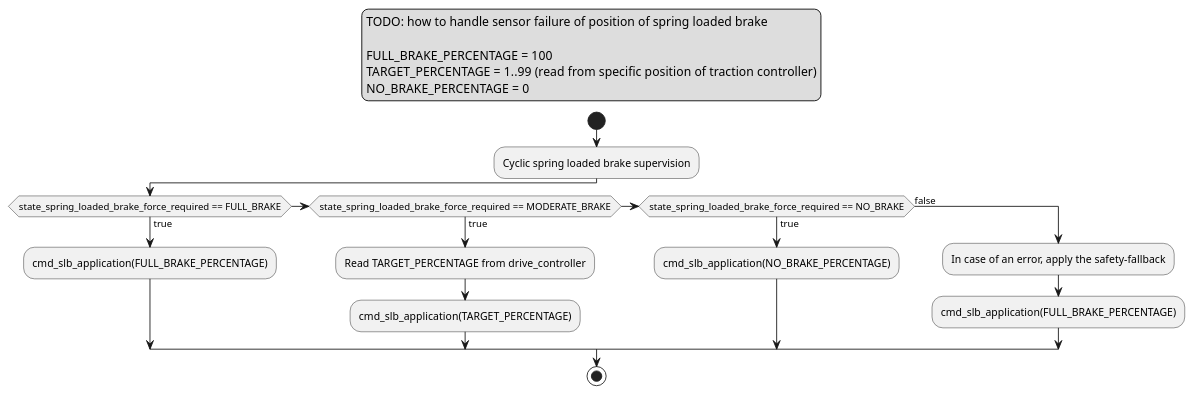
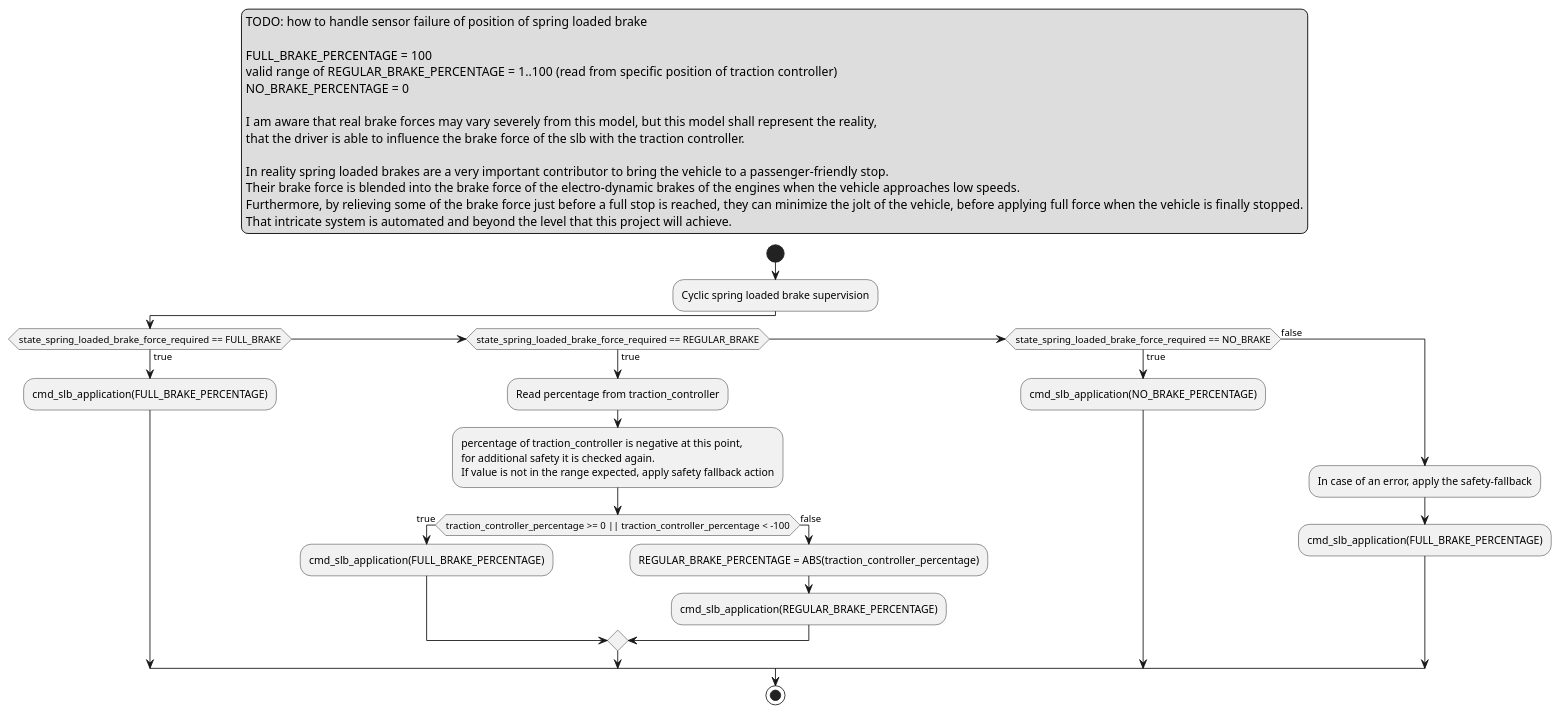
The diagram in docs/models/activity_diagrams/node-drive-controller/spring_loaded_brake_supervisor_activity.puml (paetzholdt/CANRepo), drawn with PlantUML before and after one commit. The commit also changed 2 other files, not shown here.

Commit message:
docs(node-drive-controller): finalize spring loaded brake control model

```diff
--- a/docs/models/activity_diagrams/node-drive-controller/spring_loaded_brake_supervisor_activity.puml
+++ b/docs/models/activity_diagrams/node-drive-controller/spring_loaded_brake_supervisor_activity.puml
@@ -1,37 +1,54 @@
 @startuml spring_loaded_brake_supervisor_activity
+
 legend top
 TODO: how to handle sensor failure of position of spring loaded brake
 
 FULL_BRAKE_PERCENTAGE = 100
-TARGET_PERCENTAGE = 1..99 (read from specific position of traction controller)
+valid range of REGULAR_BRAKE_PERCENTAGE = 1..100 (read from specific position of traction controller)
 NO_BRAKE_PERCENTAGE = 0
+
+I am aware that real brake forces may vary severely from this model, but this model shall represent the reality,
+that the driver is able to influence the brake force of the slb with the traction controller.
+
+In reality spring loaded brakes are a very important contributor to bring the vehicle to a passenger-friendly stop.
+Their brake force is blended into the brake force of the electro-dynamic brakes of the engines when the vehicle approaches low speeds.
+Furthermore, by relieving some of the brake force just before a full stop is reached, they can minimize the jolt of the vehicle, before applying full force when the vehicle is finally stopped.
+That intricate system is automated and beyond the level that this project will achieve.
 endlegend
 
 
 start
 :Cyclic spring loaded brake supervision;
 
 if (state_spring_loaded_brake_force_required == FULL_BRAKE) then (true)
     :cmd_slb_application(FULL_BRAKE_PERCENTAGE);
 
-elseif (state_spring_loaded_brake_force_required == MODERATE_BRAKE) then (true)
-    :Read TARGET_PERCENTAGE from drive_controller;
-    :cmd_slb_application(TARGET_PERCENTAGE);
+elseif (state_spring_loaded_brake_force_required == REGULAR_BRAKE) then (true)
+        :Read percentage from traction_controller;
+        :percentage of traction_controller is negative at this point,
+        for additional safety it is checked again.
+        If value is not in the range expected, apply safety fallback action;
+
+    if (traction_controller_percentage >= 0 || traction_controller_percentage < -100) then (true)
+        :cmd_slb_application(FULL_BRAKE_PERCENTAGE);
+
+    else (false)
+        :REGULAR_BRAKE_PERCENTAGE = ABS(traction_controller_percentage);
+        :cmd_slb_application(REGULAR_BRAKE_PERCENTAGE);
+
+    endif
 
 elseif (state_spring_loaded_brake_force_required == NO_BRAKE) then (true)
     :cmd_slb_application(NO_BRAKE_PERCENTAGE);
 
 else (false) 
     :In case of an error, apply the safety-fallback;
     :cmd_slb_application(FULL_BRAKE_PERCENTAGE);
 
-
 endif
-
-
 
 stop
 
 
 
 @enduml
```
